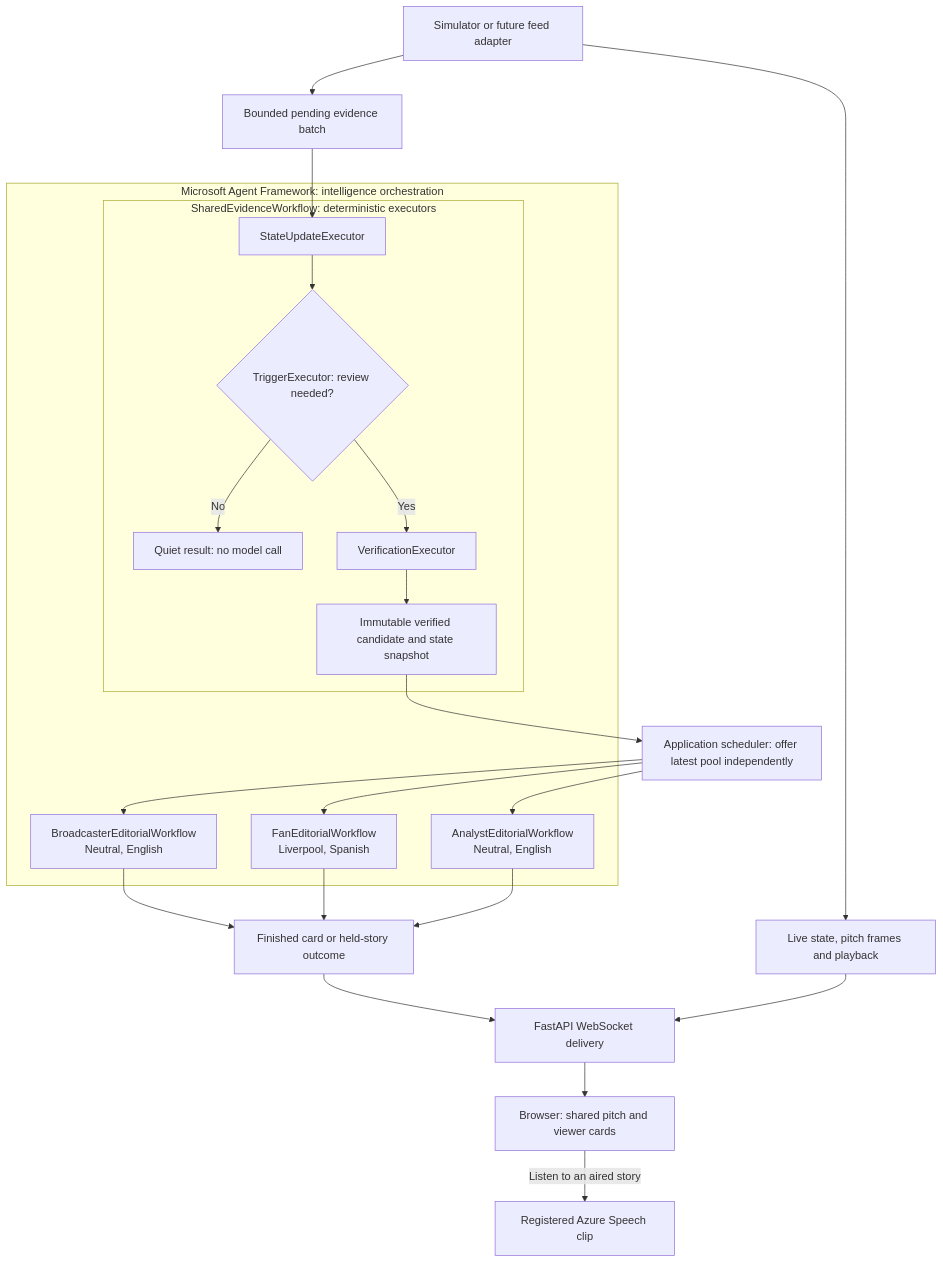
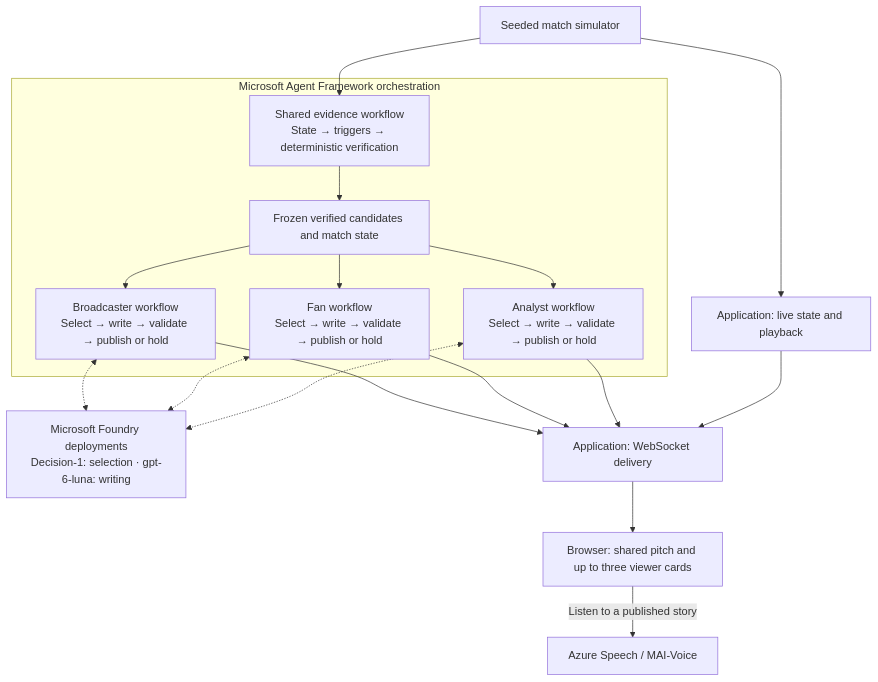
Before and after one commit to shantanu1singh/matchos: the first of 4 diagrams in ARCHITECTURE.md, drawn with Mermaid. The commit also changed other lines of this file and 1 other file, not shown here.

````diff
--- a/ARCHITECTURE.md
+++ b/ARCHITECTURE.md
@@ -62,37 +11,24 @@
 ```mermaid
 flowchart TB
-    Feed["Simulator or future feed adapter"]
-    Live["Live state, pitch frames and playback"]
-    Batch["Bounded pending evidence batch"]
-    Feed --> Live
-    Feed --> Batch
+    Feed["Seeded match simulator"] --> Playback["Application: live state and playback"]
+    Feed --> Evidence
 
-    subgraph AF["Microsoft Agent Framework: intelligence orchestration"]
-        subgraph Evidence["SharedEvidenceWorkflow: deterministic executors"]
-            State["StateUpdateExecutor"]
-            Trigger{"TriggerExecutor: review needed?"}
-            Quiet["Quiet result: no model call"]
-            Verify["VerificationExecutor"]
-            Pool["Immutable verified candidate and state snapshot"]
-            State --> Trigger
-            Trigger -->|"No"| Quiet
-            Trigger -->|"Yes"| Verify --> Pool
-        end
-        Broadcaster["BroadcasterEditorialWorkflow<br/>Neutral, English"]
-        Fan["FanEditorialWorkflow<br/>Liverpool, Spanish"]
-        Analyst["AnalystEditorialWorkflow<br/>Neutral, English"]
+    subgraph Framework["Microsoft Agent Framework orchestration"]
+        Evidence["Shared evidence workflow<br/>State → triggers → deterministic verification"]
+        Evidence --> Pool["Frozen verified candidates and match state"]
+        Pool --> Broadcaster["Broadcaster workflow<br/>Select → write → validate → publish or hold"]
+        Pool --> Fan["Fan workflow<br/>Select → write → validate → publish or hold"]
+        Pool --> Analyst["Analyst workflow<br/>Select → write → validate → publish or hold"]
     end
 
-    Batch --> State
-    Pool --> Dispatch["Application scheduler: offer latest pool independently"]
-    Dispatch --> Broadcaster
-    Dispatch --> Fan
-    Dispatch --> Analyst
-    Broadcaster --> Results["Finished card or held-story outcome"]
-    Fan --> Results
-    Analyst --> Results
-    Results --> Socket["FastAPI WebSocket delivery"]
-    Live --> Socket
-    Socket --> UI["Browser: shared pitch and viewer cards"]
-    UI -->|"Listen to an aired story"| Speech["Registered Azure Speech clip"]
+    Models["Microsoft Foundry deployments<br/>Decision-1: selection · gpt-6-luna: writing"]
+    Broadcaster <-.-> Models
+    Fan <-.-> Models
+    Analyst <-.-> Models
+    Broadcaster --> Delivery["Application: WebSocket delivery"]
+    Fan --> Delivery
+    Analyst --> Delivery
+    Playback --> Delivery
+    Delivery --> Browser["Browser: shared pitch and up to three viewer cards"]
+    Browser -->|"Listen to a published story"| Speech["Azure Speech / MAI-Voice"]
 ```
````
